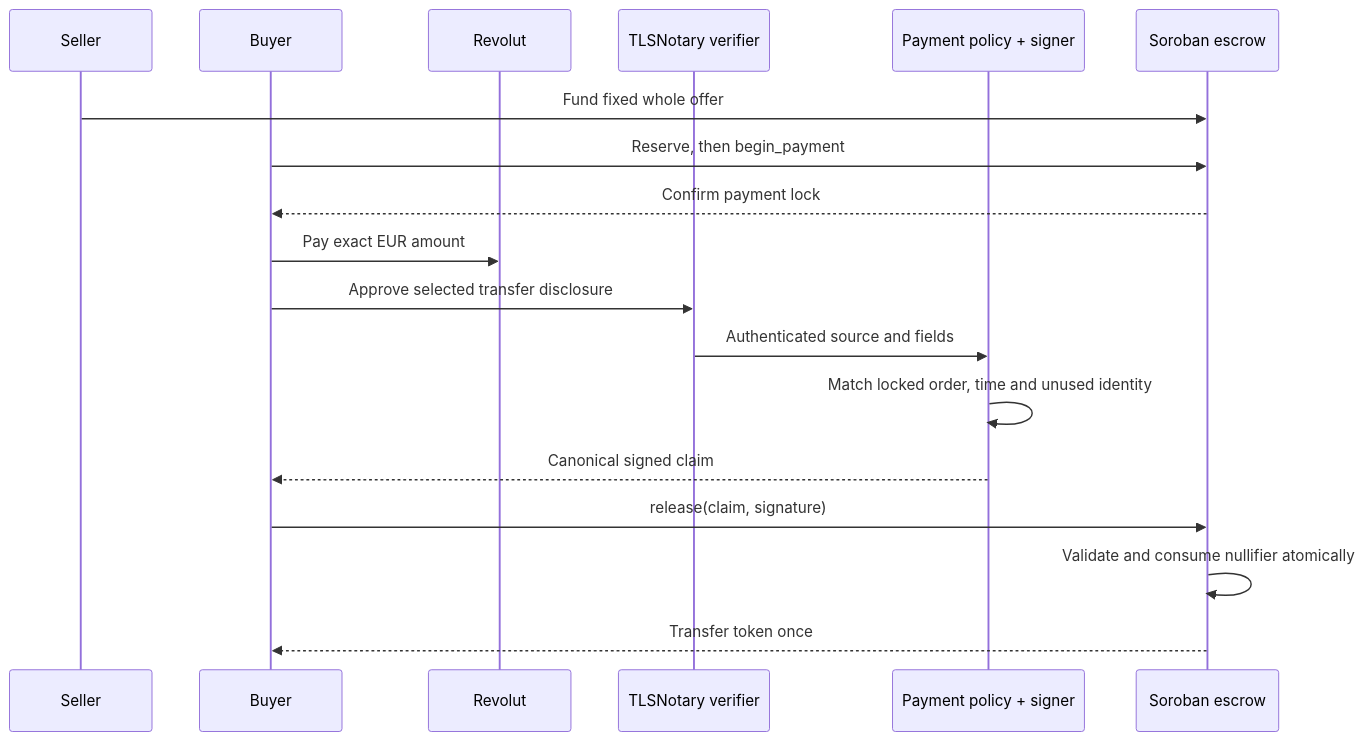
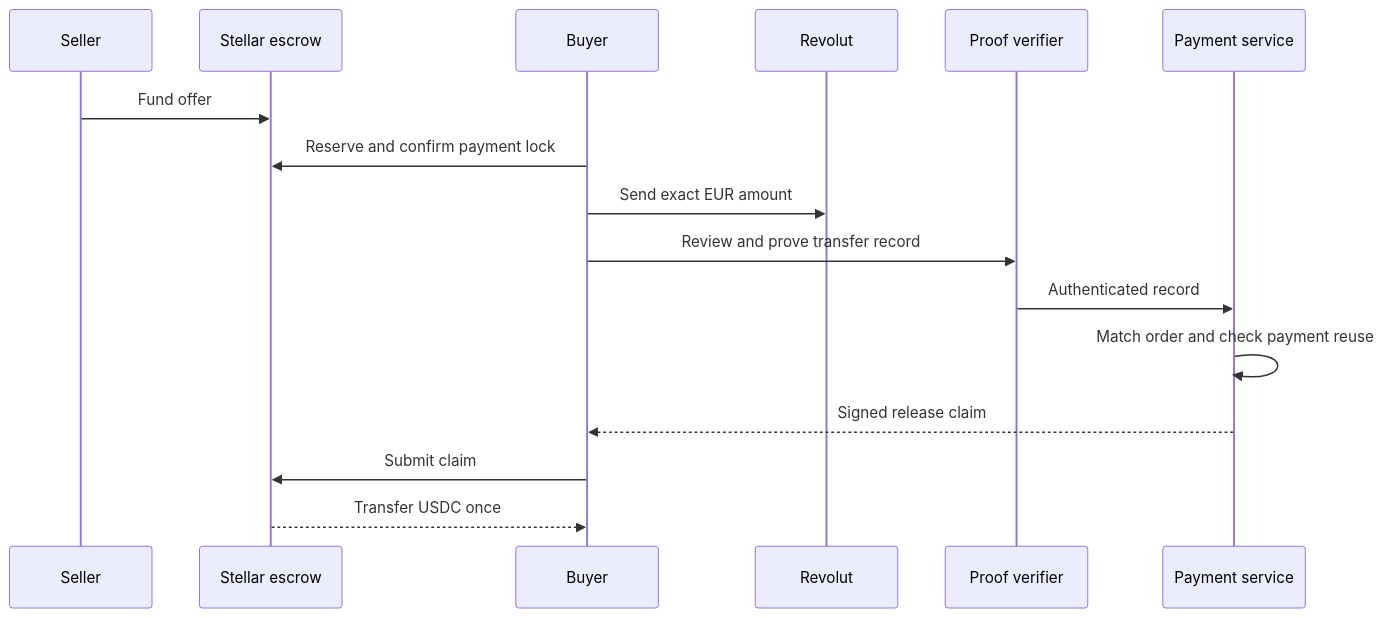
The diagram in docs/architecture.md (vmichalik/stellar-p2p), drawn with Mermaid before and after one commit. The commit also changed other lines of this file and 78 other files, not shown here.

````diff
--- a/docs/architecture.md
+++ b/docs/architecture.md
@@ -5,20 +5,18 @@
 ```mermaid
 sequenceDiagram
-    participant Seller
-    participant Buyer
-    participant Bank as Revolut
-    participant Proof as TLSNotary verifier
-    participant Policy as Payment policy + signer
-    participant Escrow as Soroban escrow
-    Seller->>Escrow: Fund fixed whole offer
-    Buyer->>Escrow: Reserve, then begin_payment
-    Escrow-->>Buyer: Confirm payment lock
-    Buyer->>Bank: Pay exact EUR amount
-    Buyer->>Proof: Approve selected transfer disclosure
-    Proof->>Policy: Authenticated source and fields
-    Policy->>Policy: Match locked order, time and unused identity
-    Policy-->>Buyer: Canonical signed claim
-    Buyer->>Escrow: release(claim, signature)
-    Escrow->>Escrow: Validate and consume nullifier atomically
-    Escrow-->>Buyer: Transfer token once
+    participant S as Seller
+    participant E as Stellar escrow
+    participant B as Buyer
+    participant R as Revolut
+    participant V as Proof verifier
+    participant P as Payment service
+    S->>E: Fund offer
+    B->>E: Reserve and confirm payment lock
+    B->>R: Send exact EUR amount
+    B->>V: Review and prove transfer record
+    V->>P: Authenticated record
+    P->>P: Match order and check payment reuse
+    P-->>B: Signed release claim
+    B->>E: Submit claim
+    E-->>B: Transfer USDC once
 ```
````
